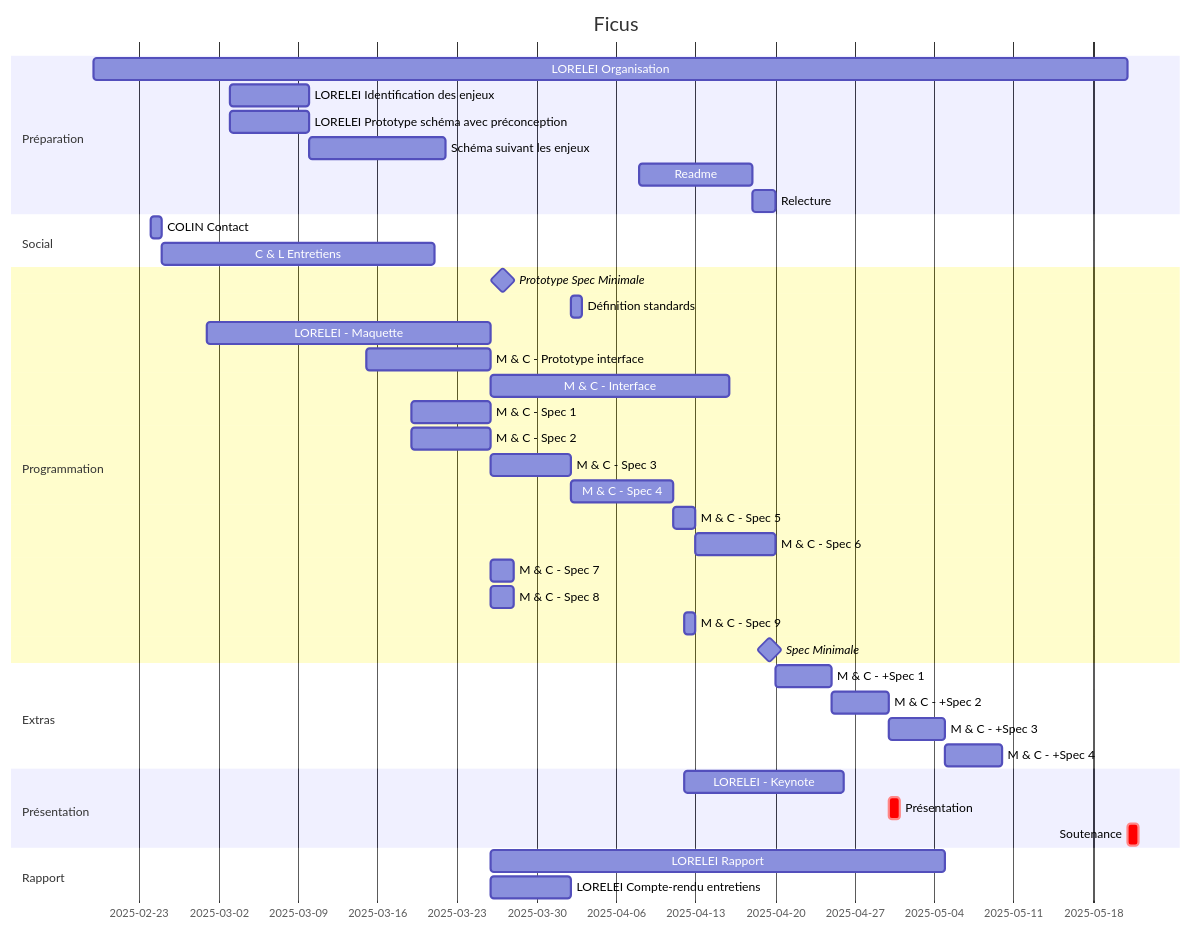
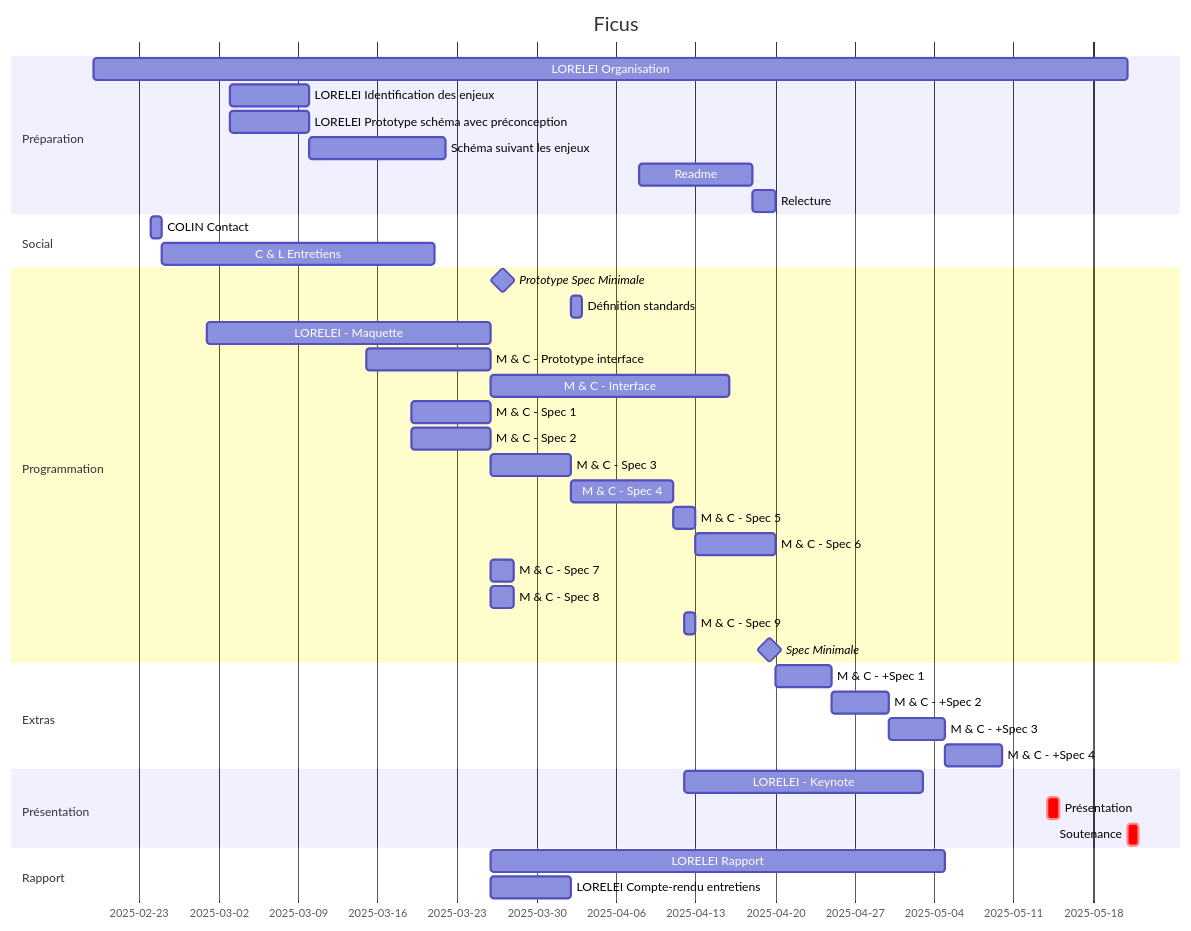
One commit to Hellorelei/Ficus changed the diagram in projet/gantt.md. Above: the diagram before and after it, drawn with Mermaid. The commit also changed 1 other file, not shown here.

Commit message:
MAJ Documents projet

````diff
--- a/projet/gantt.md
+++ b/projet/gantt.md
@@ -1,49 +1,49 @@
 ```mermaid
 gantt
     title Ficus
     dateFormat  YYYY-MM-DD
 
     section Préparation
     LORELEI Organisation: prep-1, 2025-02-19, 2025-05-21
     LORELEI Identification des enjeux: prep-2, 2025-03-03, 2025-03-10
     LORELEI Prototype schéma avec préconception: 2025-03-03, 2025-03-10
     Schéma suivant les enjeux: after prep-2, 12d
     Readme: prep-5, 2025-04-08, 10d
     Relecture: after prep-5, 2d
 
     section Social
     COLIN Contact      :s1, 2025-02-24  , 1d
     C & L Entretiens      :after s1, 24d
 
     section Programmation
     Prototype Spec Minimale: milestone, 2025-04-02
     Définition standards: 1d
     LORELEI - Maquette: m1, 2025-03-01, 2025-03-26
     M & C - Prototype interface: 2025-03-15, 2025-03-26
     M & C - Interface: after m1, 21d
     M & C - Spec 1: spec_1, 2025-03-19, 7d
     M & C - Spec 2: spec_2, 2025-03-19, 7d
     M & C - Spec 3: spec_3, after spec_2, 7d 
     M & C - Spec 4: spec_4, after spec_3, 9d
     M & C - Spec 5: spec_5, after spec_4, 2d
     M & C - Spec 6: spec_6, after spec_5, 7d
     M & C - Spec 7: spec_7, 2025-03-26, 2d
     M & C - Spec 8: spec_8, after spec_1, 2d
     M & C - Spec 9: spec_9, 2025-04-12, 1d
     Spec Minimale: milestone, 2025-04-26
     
     section Extras
     M & C - +Spec 1: espec_1, after spec_6, 5d
     M & C - +Spec 2: espec_2, after espec_1, 5d
     M & C - +Spec 3: espec_3, after espec_2, 5d
     M & C - +Spec 4: espec_4, after espec_3, 5d
 
     section Présentation
-    LORELEI - Keynote: 2025-04-12, 14d
-    Présentation: crit, r1, 2025-04-30, 1d
+    LORELEI - Keynote: 2025-04-12, 21d
+    Présentation: crit, r1, 2025-05-14, 1d
     Soutenance: crit, r2, 2025-05-21, 1d
     
     section Rapport
     LORELEI Rapport: 2025-03-26, 40d
     LORELEI Compte-rendu entretiens: 2025-03-26, 7d
 ```
````
